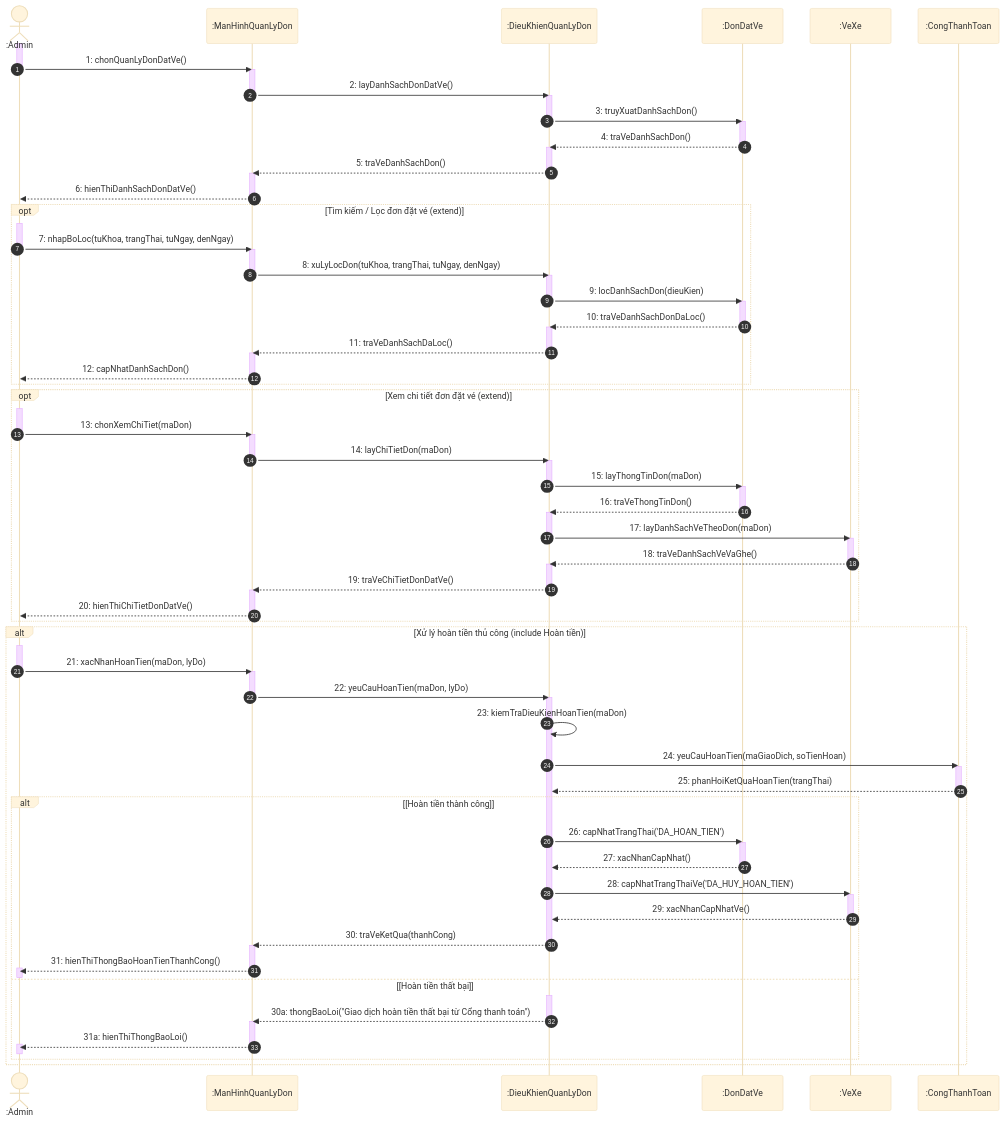
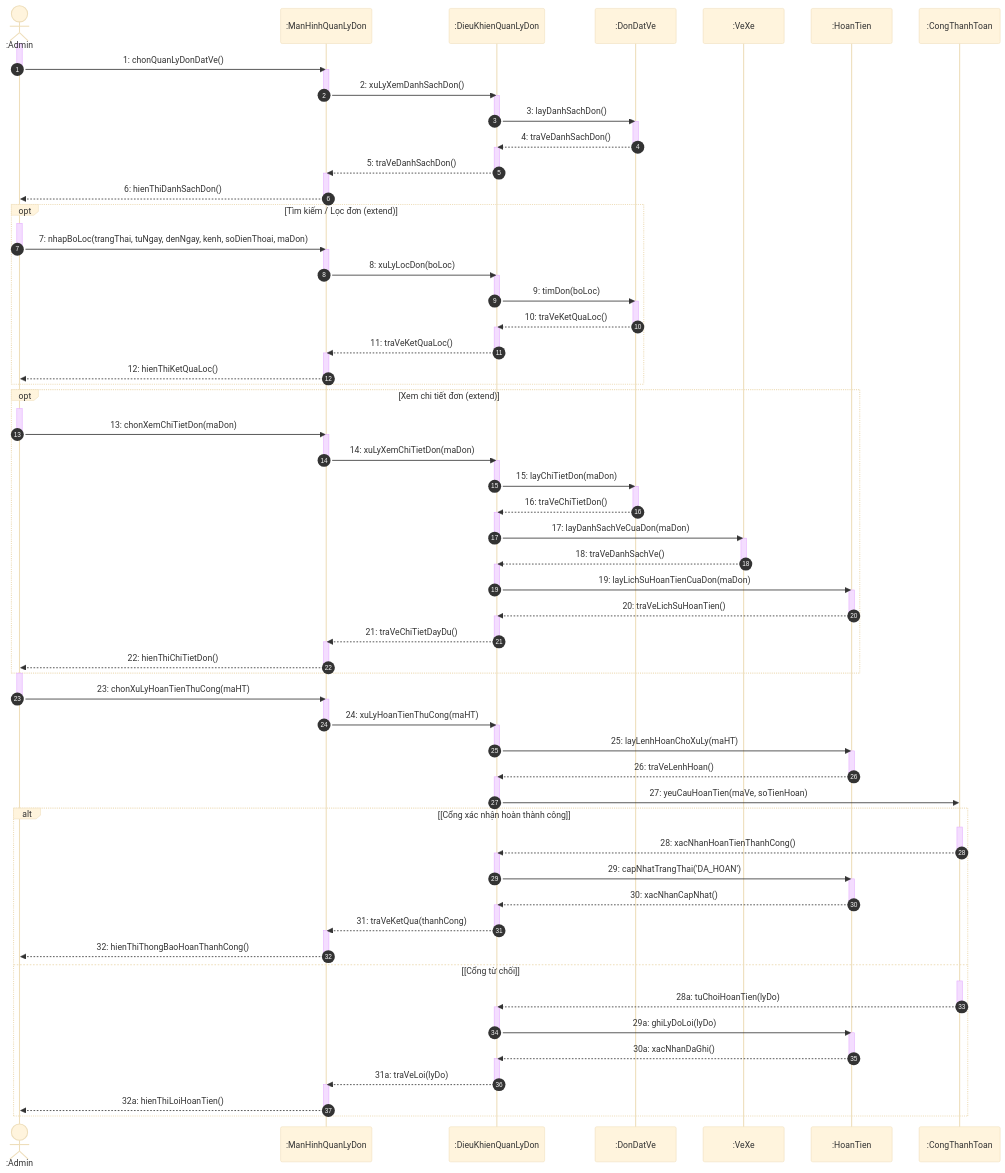
One commit to Longcodepro/Project_OOAD_HK1_2026-2027 changed diagram 21 of 22 in docs/sequence/Sequence_diagram.md. Above: the diagram before and after it, drawn with Mermaid (base theme). The commit also changed other lines of this file and 4 other files, not shown here.

````diff
--- a/docs/sequence/Sequence_diagram.md
+++ b/docs/sequence/Sequence_diagram.md
@@ -1579,22 +1930,22 @@
 ```mermaid
 sequenceDiagram
     autonumber
-    actor AD as :Admin
-    participant MH as :ManHinhQuanLyDon
-    participant DK as :DieuKhienQuanLyDon
-    participant DON as :DonDatVe
-    participant VE as :VeXe
-    participant CTT as :CongThanhToan
+    actor AD     as :Admin
+    participant MH     as :ManHinhQuanLyDon
+    participant DK     as :DieuKhienQuanLyDon
+    participant DON    as :DonDatVe
+    participant VE     as :VeXe
+    participant HT     as :HoanTien
+    participant CTT    as :CongThanhToan
 
-    %% Luồng 1: Xem danh sách đơn đặt vé
     activate AD
     AD ->> MH: 1: chonQuanLyDonDatVe()
     deactivate AD
     activate MH
-    MH ->> DK: 2: layDanhSachDonDatVe()
+    MH ->> DK: 2: xuLyXemDanhSachDon()
     deactivate MH
     activate DK
-    DK ->> DON: 3: truyXuatDanhSachDon()
+    DK ->> DON: 3: layDanhSachDon()
     deactivate DK
     activate DON
     DON -->> DK: 4: traVeDanhSachDon()
@@ -1603,101 +1954,106 @@
     DK -->> MH: 5: traVeDanhSachDon()
     deactivate DK
     activate MH
-    MH -->> AD: 6: hienThiDanhSachDonDatVe()
+    MH -->> AD: 6: hienThiDanhSachDon()
     deactivate MH
-
-    %% Luồng 2: Tìm kiếm / Lọc đơn đặt vé (extend)
-    opt Tìm kiếm / Lọc đơn đặt vé (extend)
+    opt Tìm kiếm / Lọc đơn (extend)
         activate AD
-        AD ->> MH: 7: nhapBoLoc(tuKhoa, trangThai, tuNgay, denNgay)
+        AD ->> MH: 7: nhapBoLoc(trangThai, tuNgay, denNgay, kenh, soDienThoai, maDon)
         deactivate AD
         activate MH
-        MH ->> DK: 8: xuLyLocDon(tuKhoa, trangThai, tuNgay, denNgay)
+        MH ->> DK: 8: xuLyLocDon(boLoc)
         deactivate MH
         activate DK
-        DK ->> DON: 9: locDanhSachDon(dieuKien)
+        DK ->> DON: 9: timDon(boLoc)
         deactivate DK
         activate DON
-        DON -->> DK: 10: traVeDanhSachDonDaLoc()
+        DON -->> DK: 10: traVeKetQuaLoc()
         deactivate DON
         activate DK
-        DK -->> MH: 11: traVeDanhSachDaLoc()
+        DK -->> MH: 11: traVeKetQuaLoc()
         deactivate DK
         activate MH
-        MH -->> AD: 12: capNhatDanhSachDon()
+        MH -->> AD: 12: hienThiKetQuaLoc()
         deactivate MH
     end
-
-    %% Luồng 3: Xem chi tiết đơn đặt vé (extend)
-    opt Xem chi tiết đơn đặt vé (extend)
+    opt Xem chi tiết đơn (extend)
         activate AD
-        AD ->> MH: 13: chonXemChiTiet(maDon)
+        AD ->> MH: 13: chonXemChiTietDon(maDon)
         deactivate AD
         activate MH
-        MH ->> DK: 14: layChiTietDon(maDon)
+        MH ->> DK: 14: xuLyXemChiTietDon(maDon)
         deactivate MH
         activate DK
-        DK ->> DON: 15: layThongTinDon(maDon)
+        DK ->> DON: 15: layChiTietDon(maDon)
         deactivate DK
         activate DON
-        DON -->> DK: 16: traVeThongTinDon()
+        DON -->> DK: 16: traVeChiTietDon()
         deactivate DON
         activate DK
-        DK ->> VE: 17: layDanhSachVeTheoDon(maDon)
+        DK ->> VE: 17: layDanhSachVeCuaDon(maDon)
         deactivate DK
         activate VE
-        VE -->> DK: 18: traVeDanhSachVeVaGhe()
+        VE -->> DK: 18: traVeDanhSachVe()
         deactivate VE
         activate DK
-        DK -->> MH: 19: traVeChiTietDonDatVe()
+        DK ->> HT: 19: layLichSuHoanTienCuaDon(maDon)
+        deactivate DK
+        activate HT
+        HT -->> DK: 20: traVeLichSuHoanTien()
+        deactivate HT
+        activate DK
+        DK -->> MH: 21: traVeChiTietDayDu()
         deactivate DK
         activate MH
-        MH -->> AD: 20: hienThiChiTietDonDatVe()
+        MH -->> AD: 22: hienThiChiTietDon()
         deactivate MH
     end
-
-    %% Luồng 4: Xử lý hoàn tiền thủ công (include Hoàn tiền -> Cổng thanh toán)
-    alt Xử lý hoàn tiền thủ công (include Hoàn tiền)
-        activate AD
-        AD ->> MH: 21: xacNhanHoanTien(maDon, lyDo)
-        deactivate AD
+    activate AD
+    AD ->> MH: 23: chonXuLyHoanTienThuCong(maHT)
+    deactivate AD
+    activate MH
+    MH ->> DK: 24: xuLyHoanTienThuCong(maHT)
+    deactivate MH
+    activate DK
+    DK ->> HT: 25: layLenhHoanChoXuLy(maHT)
+    deactivate DK
+    activate HT
+    HT -->> DK: 26: traVeLenhHoan()
+    deactivate HT
+    activate DK
+    DK ->> CTT: 27: yeuCauHoanTien(maVe, soTienHoan)
+    deactivate DK
+    alt [Cổng xác nhận hoàn thành công]
+        activate CTT
+        CTT -->> DK: 28: xacNhanHoanTienThanhCong()
+        deactivate CTT
+        activate DK
+        DK ->> HT: 29: capNhatTrangThai('DA_HOAN')
+        deactivate DK
+        activate HT
+        HT -->> DK: 30: xacNhanCapNhat()
+        deactivate HT
+        activate DK
+        DK -->> MH: 31: traVeKetQua(thanhCong)
+        deactivate DK
         activate MH
-        MH ->> DK: 22: yeuCauHoanTien(maDon, lyDo)
+        MH -->> AD: 32: hienThiThongBaoHoanThanhCong()
         deactivate MH
+    else [Cổng từ chối]
+        activate CTT
+        CTT -->> DK: 28a: tuChoiHoanTien(lyDo)
+        deactivate CTT
         activate DK
-        DK ->> DK: 23: kiemTraDieuKienHoanTien(maDon)
-        
-        %% include Hoàn tiền
-        DK ->> CTT: 24: yeuCauHoanTien(maGiaoDich, soTienHoan)
-        activate CTT
-        CTT -->> DK: 25: phanHoiKetQuaHoanTien(trangThai)
-        deactivate CTT
-
-        alt [Hoàn tiền thành công]
-            DK ->> DON: 26: capNhatTrangThai('DA_HOAN_TIEN')
-            activate DON
-            DON -->> DK: 27: xacNhanCapNhat()
-            deactivate DON
-            DK ->> VE: 28: capNhatTrangThaiVe('DA_HUY_HOAN_TIEN')
-            activate VE
-            VE -->> DK: 29: xacNhanCapNhatVe()
-            deactivate VE
-            DK -->> MH: 30: traVeKetQua(thanhCong)
-            deactivate DK
-            activate MH
-            MH -->> AD: 31: hienThiThongBaoHoanTienThanhCong()
-            deactivate MH
-            activate AD
-            deactivate AD
-        else [Hoàn tiền thất bại]
-            activate DK
-            DK -->> MH: 30a: thongBaoLoi("Giao dịch hoàn tiền thất bại từ Cổng thanh toán")
-            deactivate DK
-            activate MH
-            MH -->> AD: 31a: hienThiThongBaoLoi()
-            deactivate MH
-            activate AD
-            deactivate AD
-        end
+        DK ->> HT: 29a: ghiLyDoLoi(lyDo)
+        deactivate DK
+        activate HT
+        HT -->> DK: 30a: xacNhanDaGhi()
+        deactivate HT
+        activate DK
+        DK -->> MH: 31a: traVeLoi(lyDo)
+        deactivate DK
+        activate MH
+        MH -->> AD: 32a: hienThiLoiHoanTien()
+        deactivate MH
     end
 ```
````
